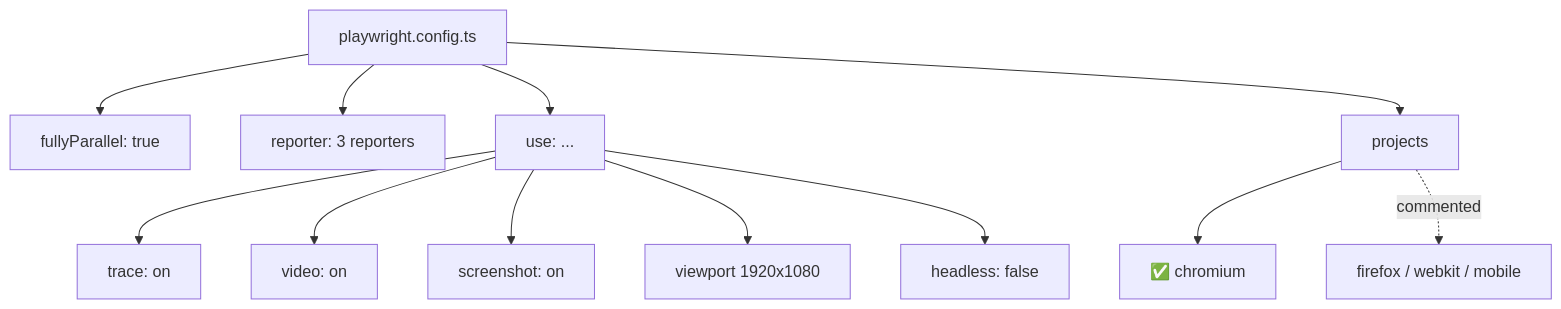
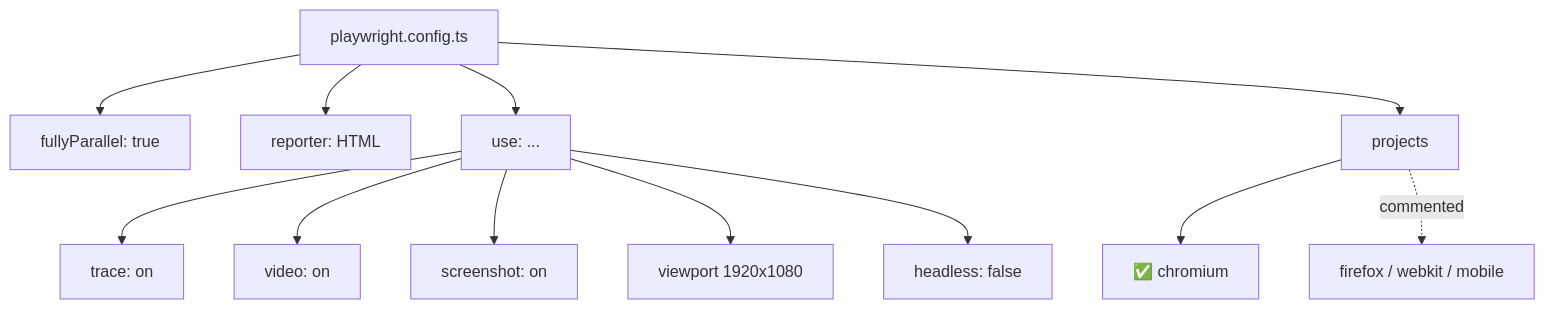
Before and after one commit to PramodDutta/LearningPlaywrightFundamentals: diagram 29 of 29 in README.md, drawn with Mermaid. The commit also changed other lines of this file, not shown here.

````diff
--- a/README.md
+++ b/README.md
@@ -1486,14 +1519,14 @@
 ```mermaid
 flowchart TD
     A[playwright.config.ts] --> B[fullyParallel: true]
-    A --> C[reporter: 3 reporters]
+    A --> C[reporter: HTML]
     A --> D[use: ...]
     D --> E[trace: on]
     D --> F[video: on]
     D --> G[screenshot: on]
     D --> H[viewport 1920x1080]
     D --> I[headless: false]
     A --> J[projects]
     J --> K[✅ chromium]
     J -.commented.-> L[firefox / webkit / mobile]
 ```
````
